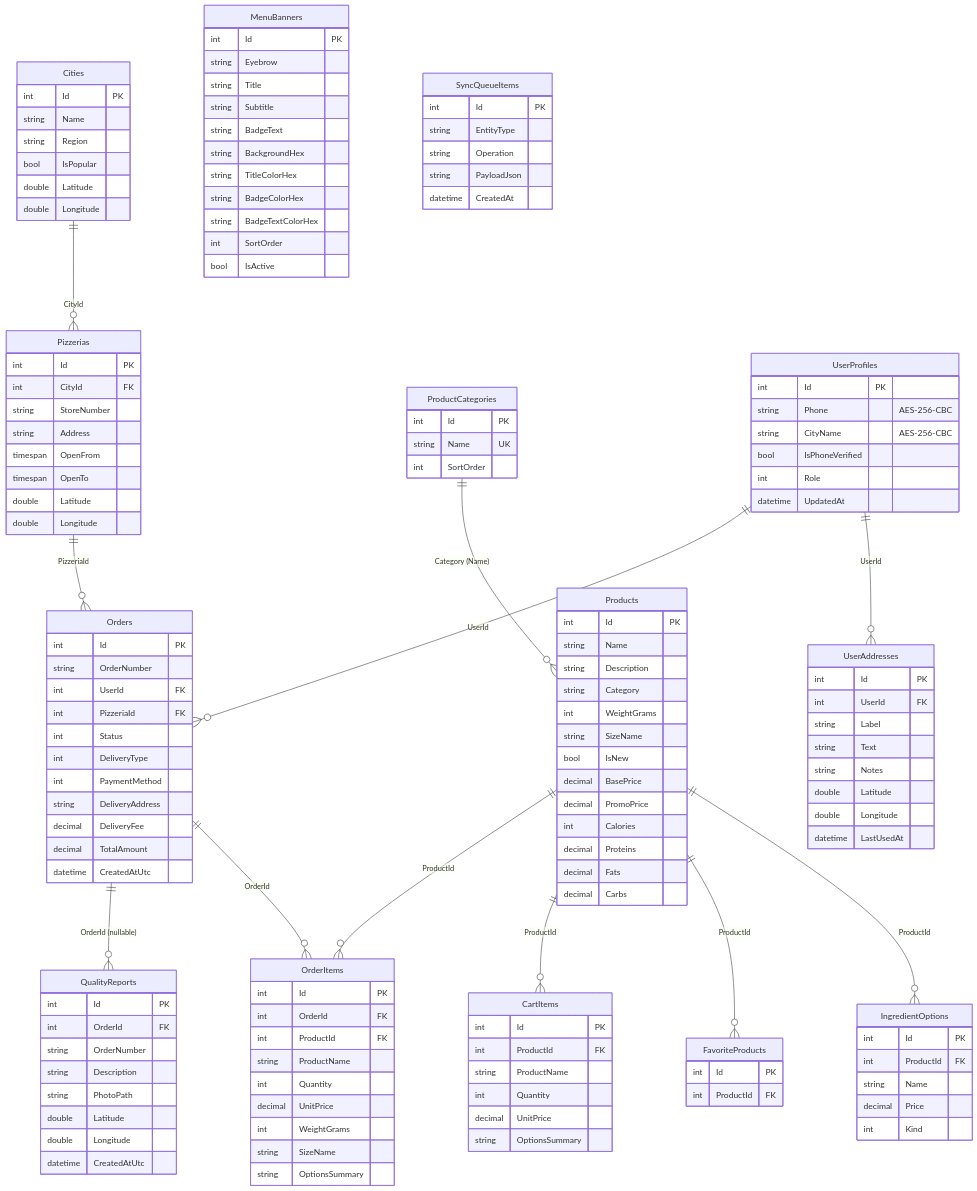
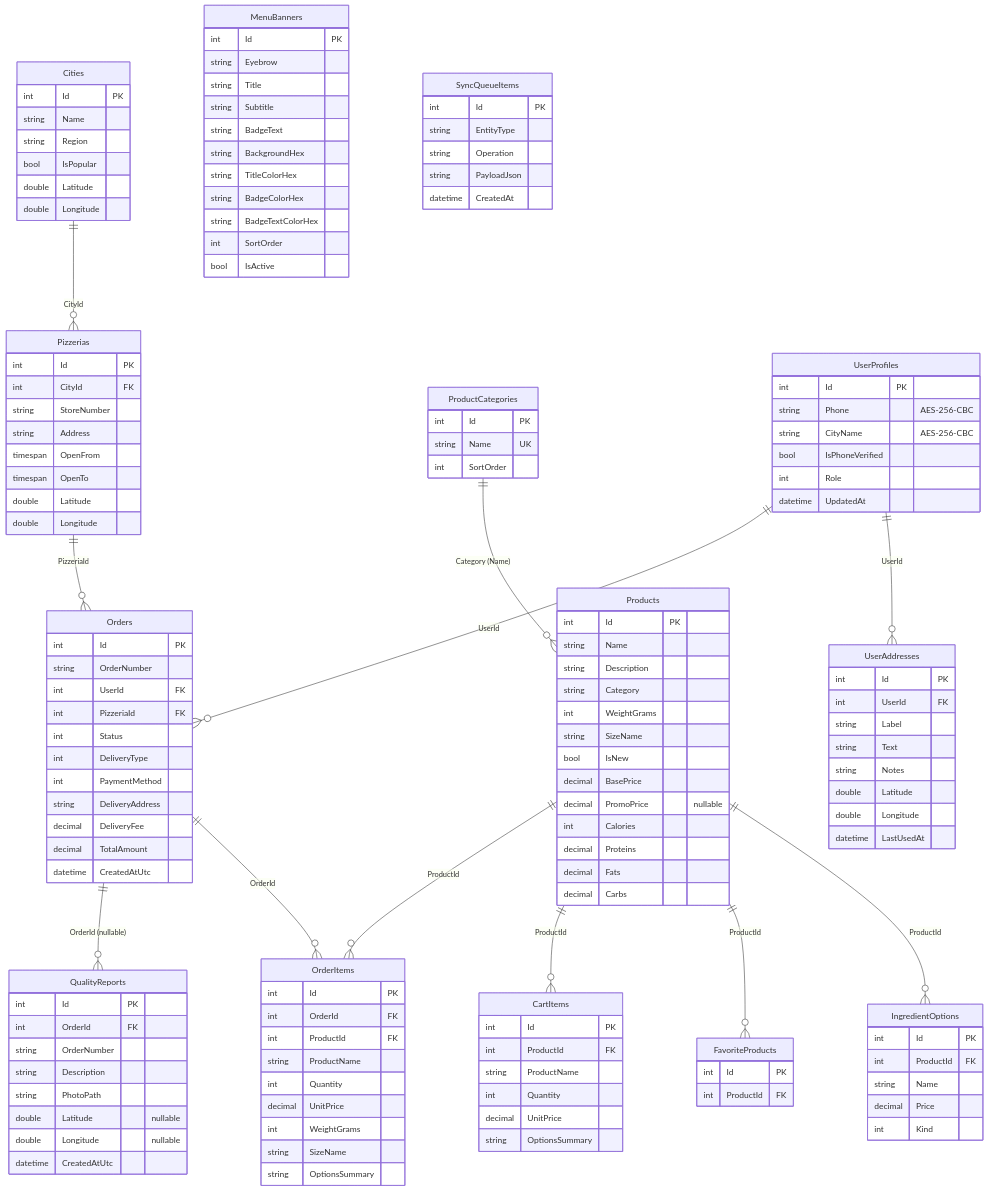
Before and after one commit to maksimovim8/PizzaTake: the second of 2 diagrams in README.md, drawn with Mermaid. The commit also changed other lines of this file and 21 other files, not shown here.

```diff
--- a/README.md
+++ b/README.md
@@ -133,7 +133,7 @@
         string SizeName
         bool IsNew
         decimal BasePrice
-        decimal PromoPrice
+        decimal PromoPrice "nullable"
         int Calories
         decimal Proteins
         decimal Fats
@@ -219,8 +219,8 @@
         string OrderNumber
         string Description
         string PhotoPath
-        double Latitude
-        double Longitude
+        double Latitude "nullable"
+        double Longitude "nullable"
         datetime CreatedAtUtc
     }
     SyncQueueItems {
```
